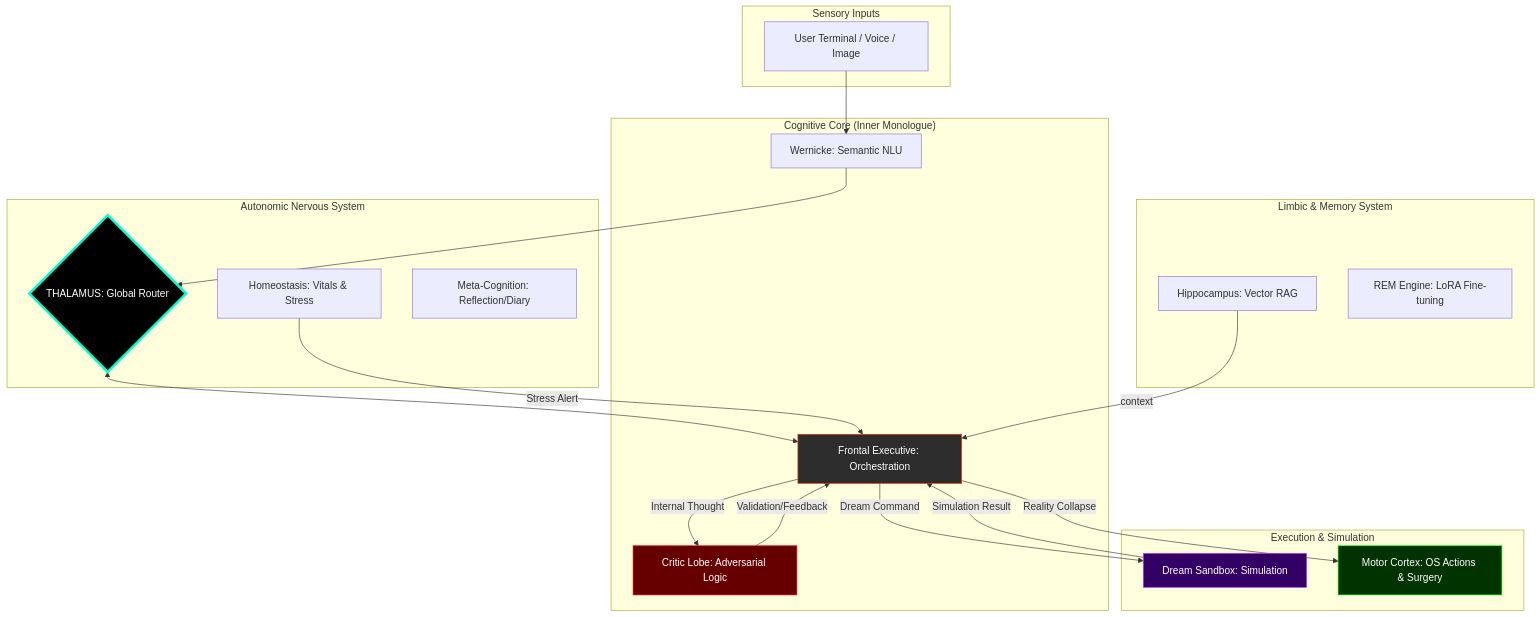
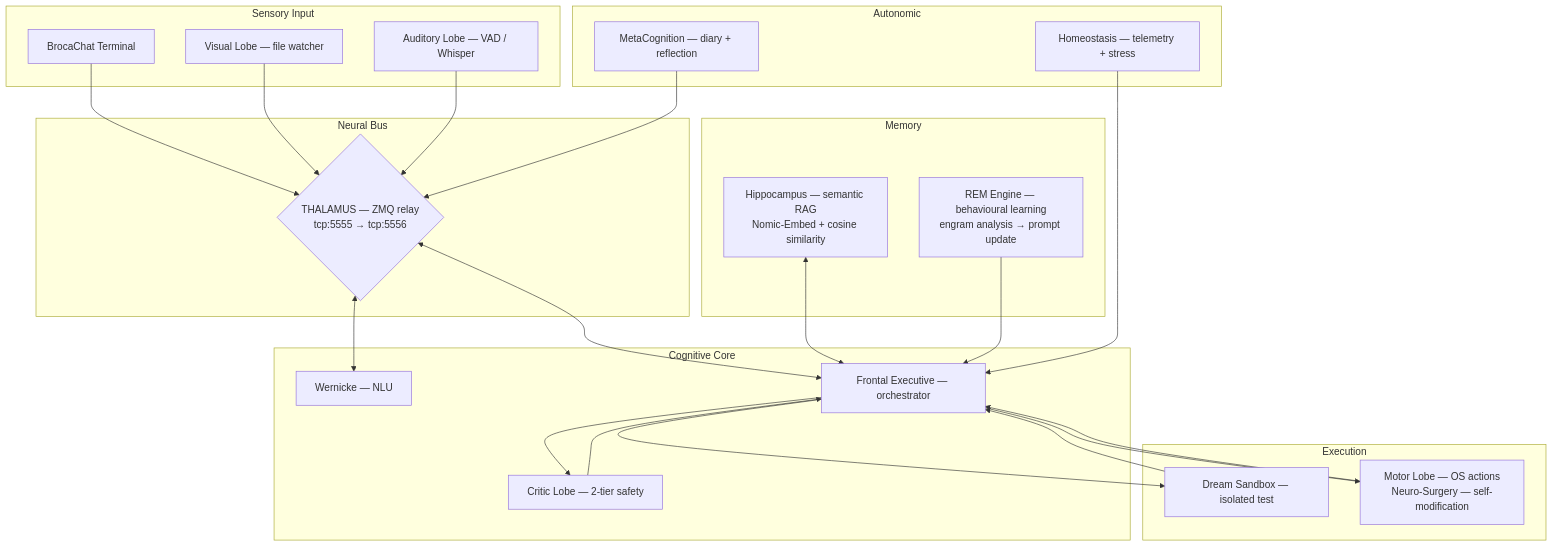
Before and after one commit to jpmlima/NeuroSwarm: the diagram in README.md, drawn with Mermaid. The commit also changed other lines of this file and 26 other files, not shown here.

First line of the commit message:
feat: v2.1.0 - Semantic Memory, REM Learning & Project Cleanup

````diff
--- a/README.md
+++ b/README.md
@@ -41,46 +25,46 @@
 ```mermaid
 graph TD
-    subgraph "Sensory Inputs"
-        SI[User Terminal / Voice / Image]
+    subgraph "Sensory Input"
+        UI[BrocaChat Terminal]
+        VL[Visual Lobe — file watcher]
+        AL[Auditory Lobe — VAD / Whisper]
     end
 
-    subgraph "Autonomic Nervous System"
-        TH{THALAMUS: Global Router}
-        HM[Homeostasis: Vitals & Stress]
-        MC[Meta-Cognition: Reflection/Diary]
+    subgraph "Neural Bus"
+        TH{THALAMUS — ZMQ relay\ntcp:5555 → tcp:5556}
     end
 
-    subgraph "Cognitive Core (Inner Monologue)"
-        WN[Wernicke: Semantic NLU]
-        FE[Frontal Executive: Orchestration]
-        CL[Critic Lobe: Adversarial Logic]
+    subgraph "Cognitive Core"
+        WN[Wernicke — NLU]
+        FE[Frontal Executive — orchestrator]
+        CL[Critic Lobe — 2-tier safety]
     end
 
-    subgraph "Limbic & Memory System"
-        HP[Hippocampus: Vector RAG]
-        REM[REM Engine: LoRA Fine-tuning]
+    subgraph "Memory"
+        HP[Hippocampus — semantic RAG\nNomic-Embed + cosine similarity]
+        REM[REM Engine — behavioural learning\nengram analysis → prompt update]
     end
 
-    subgraph "Execution & Simulation"
-        DS[Dream Sandbox: Simulation]
-        MT[Motor Cortex: OS Actions & Surgery]
+    subgraph "Execution"
+        DS[Dream Sandbox — isolated test]
+        MT[Motor Lobe — OS actions\nNeuro-Surgery — self-modification]
     end
 
-    %% Flow
-    SI --> WN
-    WN --> TH
+    subgraph "Autonomic"
+        HM[Homeostasis — telemetry + stress]
+        MC[MetaCognition — diary + reflection]
+    end
+
+    UI --> TH
+    VL --> TH
+    AL --> TH
+    TH <--> WN
     TH <--> FE
-    FE -- Internal Thought --> CL
-    CL -- Validation/Feedback --> FE
-    FE -- Dream Command --> DS
-    DS -- Simulation Result --> FE
-    FE -- Reality Collapse --> MT
-    HM -- Stress Alert --> FE
-    HP -- context --> FE
-    
-    style TH fill:#000,stroke:#00ffcc,stroke-width:4px,color:#fff
-    style FE fill:#2d2d2d,stroke:#ff3300,color:#fff
-    style DS fill:#330066,stroke:#cc33ff,color:#fff
-    style CL fill:#660000,stroke:#ff0000,color:#fff
-    style MT fill:#003300,stroke:#00ff00,color:#fff
+    FE --> CL --> FE
+    FE --> DS --> FE
+    FE --> MT --> FE
+    HP <--> FE
+    REM --> FE
+    HM --> FE
+    MC --> TH
 ```
````
